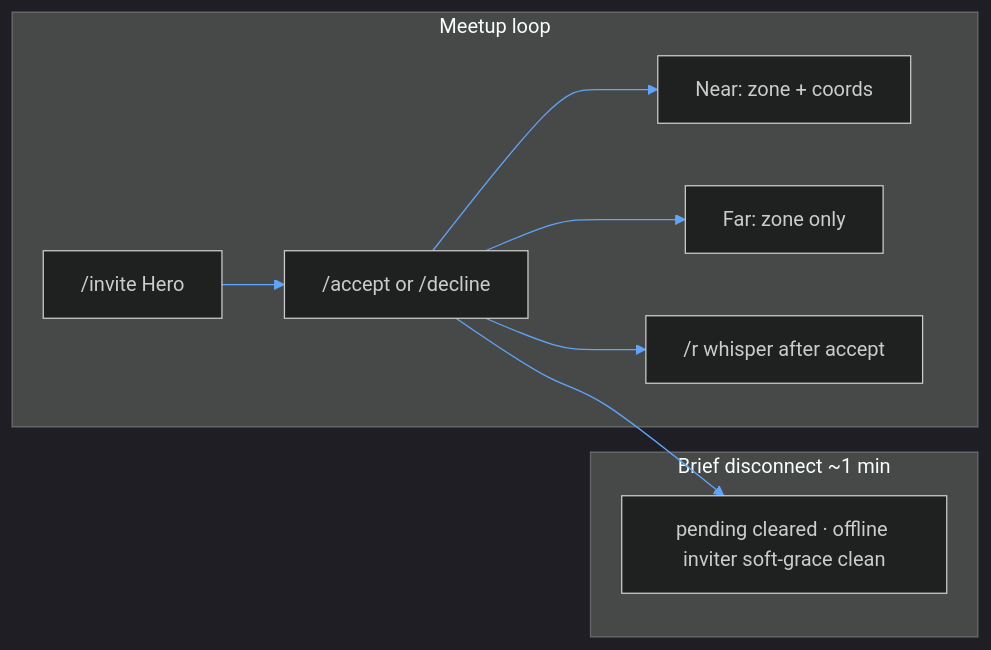
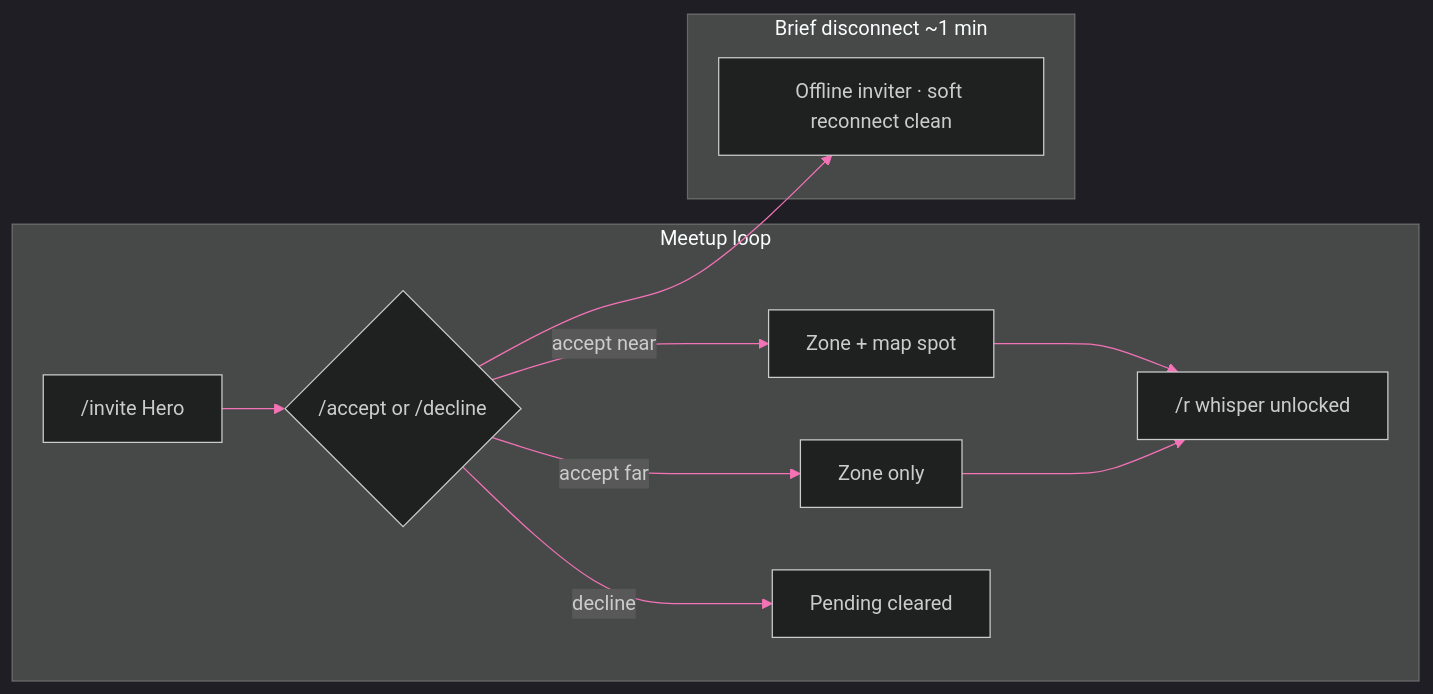
Before and after one commit to Im-Nova-Dev/dq1_mmo: the second of 8 diagrams in README.md, drawn with Mermaid. The commit also changed other lines of this file and 3 other files, not shown here.

First line of the commit message:
Docs: v0.5.142 accept/decline polish for GitHub humans.

````diff
--- a/README.md
+++ b/README.md
@@ -254,13 +282,15 @@
 ```mermaid
-%%{init: {'theme': 'dark', 'themeVariables': { 'primaryColor': '#1e3a8a', 'primaryTextColor': '#dbeafe', 'lineColor': '#60a5fa', 'secondaryColor': '#1e293b'}}}%%
+%%{init: {'theme': 'dark', 'themeVariables': { 'primaryColor': '#831843', 'primaryTextColor': '#fce7f3', 'lineColor': '#f472b6', 'secondaryColor': '#1e3a8a', 'tertiaryColor': '#1e293b'}}}%%
 flowchart LR
   subgraph meetup ["Meetup loop"]
-    I["/invite Hero"] --> A["/accept or /decline"]
-    A --> N["Near: zone + coords"]
-    A --> F["Far: zone only"]
-    A --> R["/r whisper after accept"]
+    I["/invite Hero"] --> A{"/accept or /decline"}
+    A -->|accept near| N["Zone + map spot"]
+    A -->|accept far| F["Zone only"]
+    A -->|decline| D["Pending cleared"]
+    N --> R["/r whisper unlocked"]
+    F --> R
   end
   subgraph soft ["Brief disconnect ~1 min"]
-    A --> P["pending cleared · offline inviter soft-grace clean"]
+    A --> P["Offline inviter · soft reconnect clean"]
   end
 ```
````
